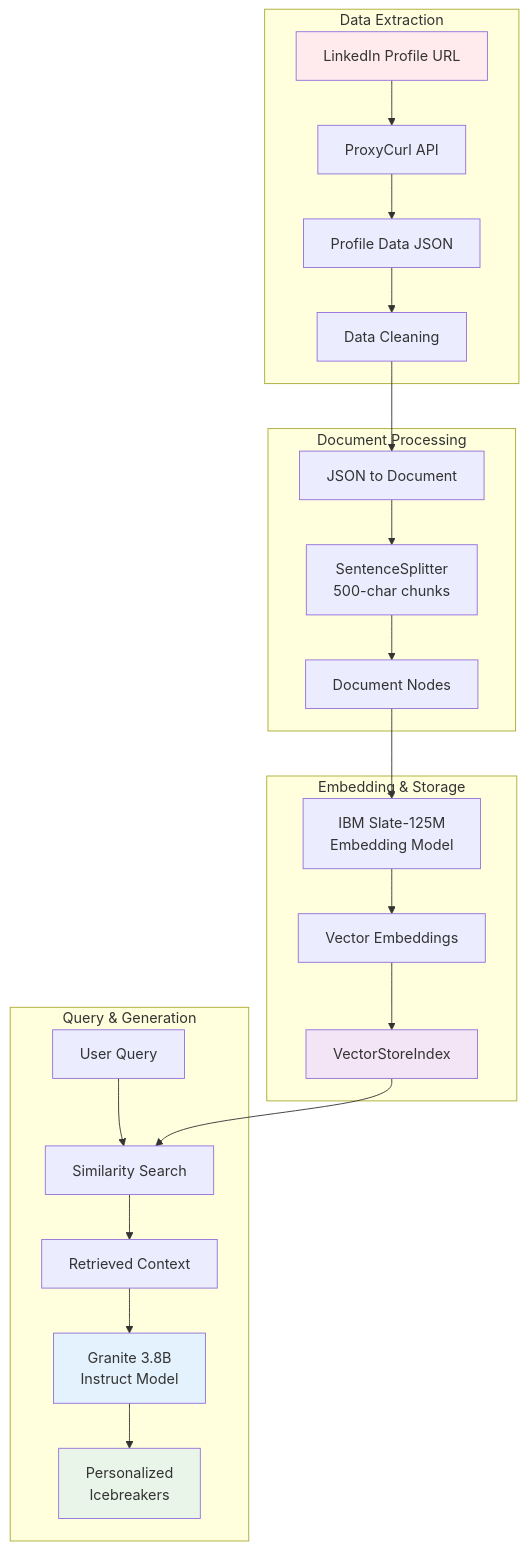
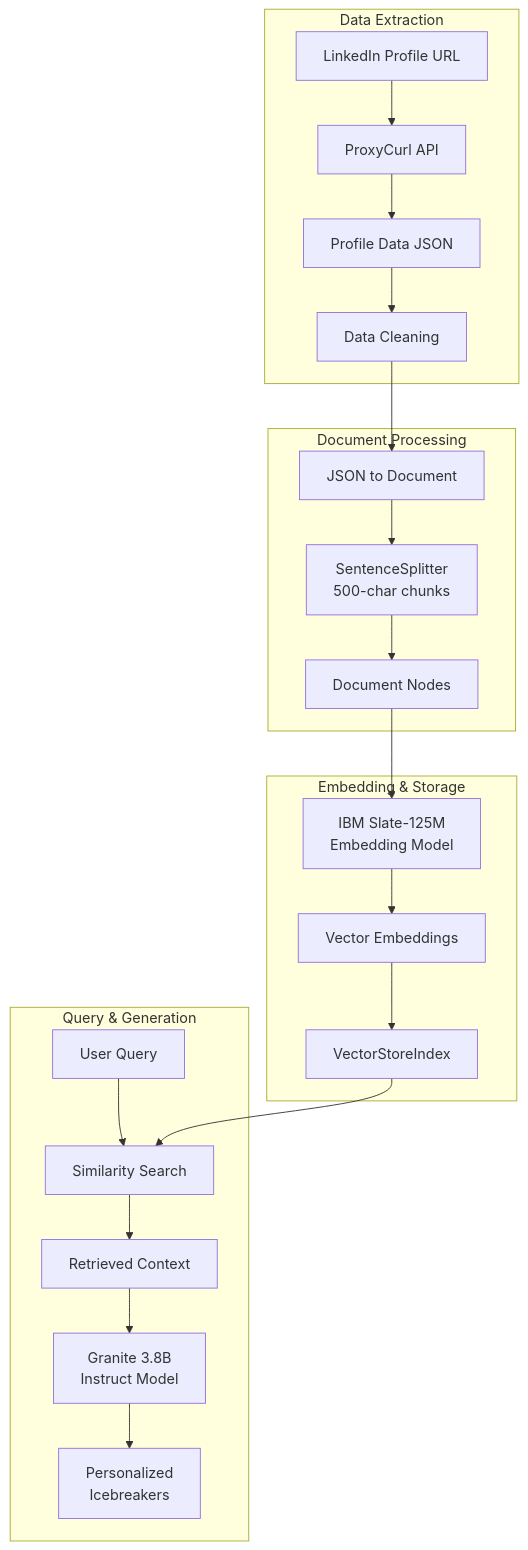
The seventh of 7 diagrams in README.md (eaamankwah/design_build_rag_system_apps), drawn with Mermaid before and after one commit. The commit also changed other lines of this file, not shown here.

````diff
--- a/README.md
+++ b/README.md
@@ -475,33 +444,28 @@
 ```mermaid
 graph TB
     subgraph "Data Extraction"
         A[LinkedIn Profile URL] --> B[ProxyCurl API]
         B --> C[Profile Data JSON]
         C --> D[Data Cleaning]
     end
     
     subgraph "Document Processing"
         D --> E[JSON to Document]
         E --> F[SentenceSplitter<br/>500-char chunks]
         F --> G[Document Nodes]
     end
     
     subgraph "Embedding & Storage"
         G --> H[IBM Slate-125M<br/>Embedding Model]
         H --> I[Vector Embeddings]
         I --> J[VectorStoreIndex]
     end
     
     subgraph "Query & Generation"
         K[User Query] --> L[Similarity Search]
         J --> L
         L --> M[Retrieved Context]
         M --> N[Granite 3.8B<br/>Instruct Model]
         N --> O[Personalized<br/>Icebreakers]
     end
-    
-    style A fill:#ffebee
-    style J fill:#f3e5f5
-    style N fill:#e3f2fd
-    style O fill:#e8f5e8
 ```
````
